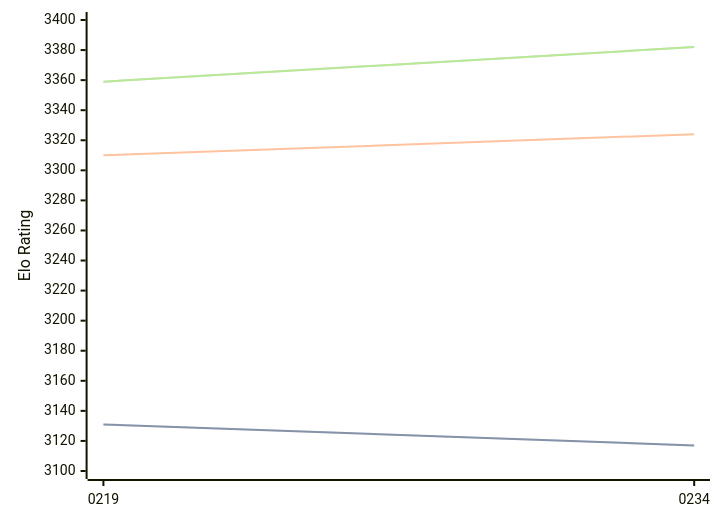
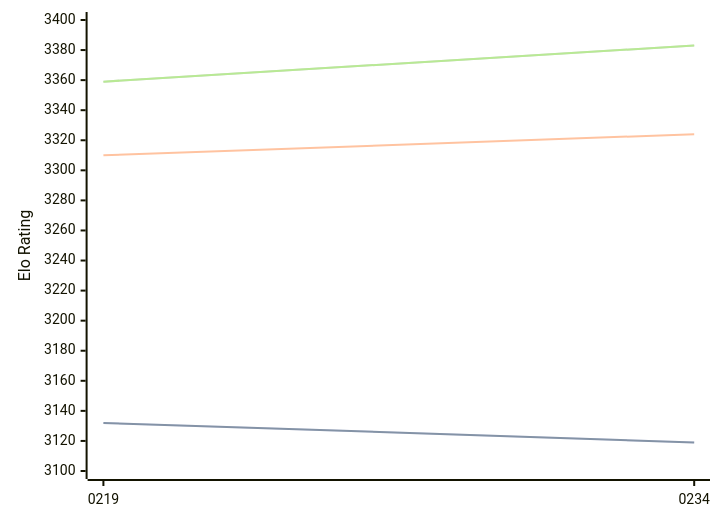
The first of 3 diagrams in engines/Ynode.md (computer-chess-index/cci), drawn with Mermaid before and after one commit. The commit also changed other lines of this file, not shown here.

Commit message:
Update CCI Ratings (ELO VLTC) - 2026-07-12

````diff
--- a/engines/Ynode.md
+++ b/engines/Ynode.md
@@ -39,11 +39,11 @@
 ```mermaid
 %%{init: {"theme":"base","themeVariables":{"seriesColors:['#a3a3a3','#222221','#faa371']}}}%%
 xychart-beta
   x-axis ["0219", "0234"]
   y-axis "Elo Rating" 3100 --> 3400
-  line "STC (8.0+0.08s)" [3131, 3117]
-  line "STC (8.0+0.08s)" [3131, 3117]
+  line "STC (8.0+0.08s)" [3132, 3119]
+  line "STC (8.0+0.08s)" [3132, 3119]
   line "LTC (60.0+0.60s)" [3310, 3324]
-  line "VLTC (2m24s+1.12s)" [3359, 3382]
-  line "VLTC (2m24s+1.12s)" [3359, 3382]
+  line "VLTC (2m24s+1.12s)" [3359, 3383]
+  line "VLTC (2m24s+1.12s)" [3359, 3383]
 ```
````
